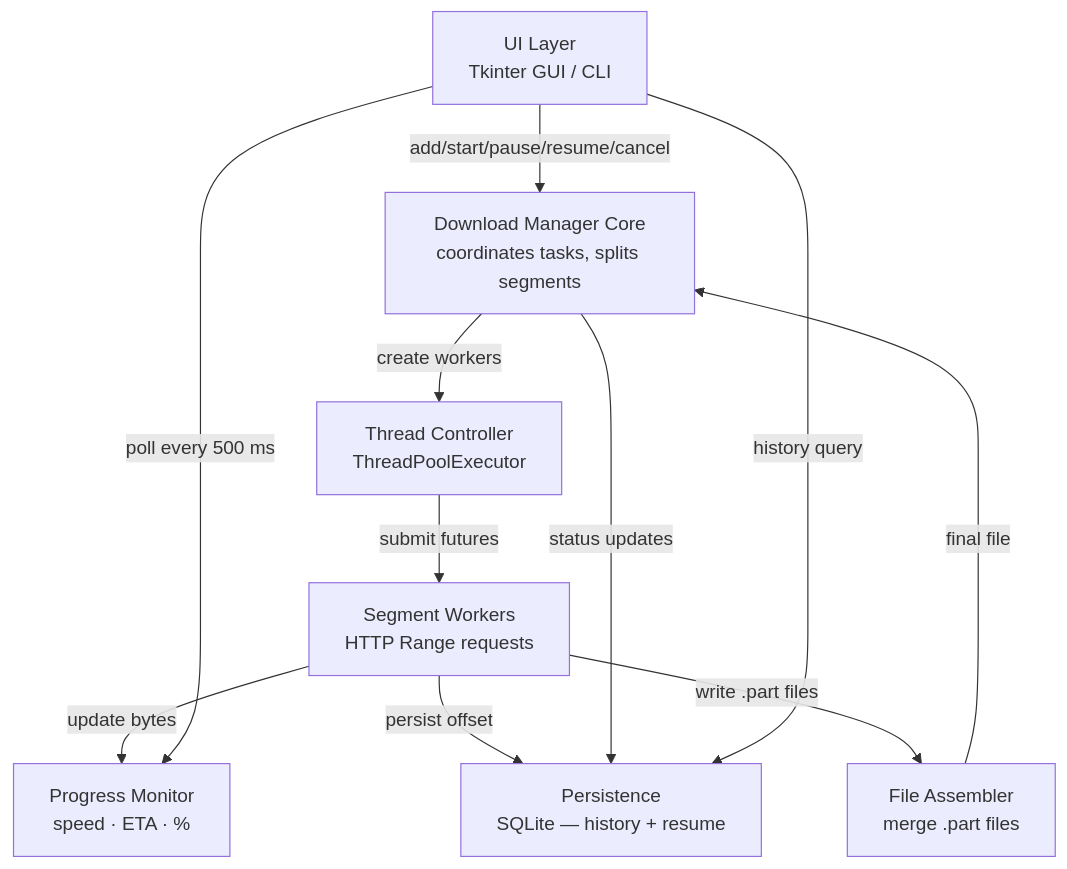
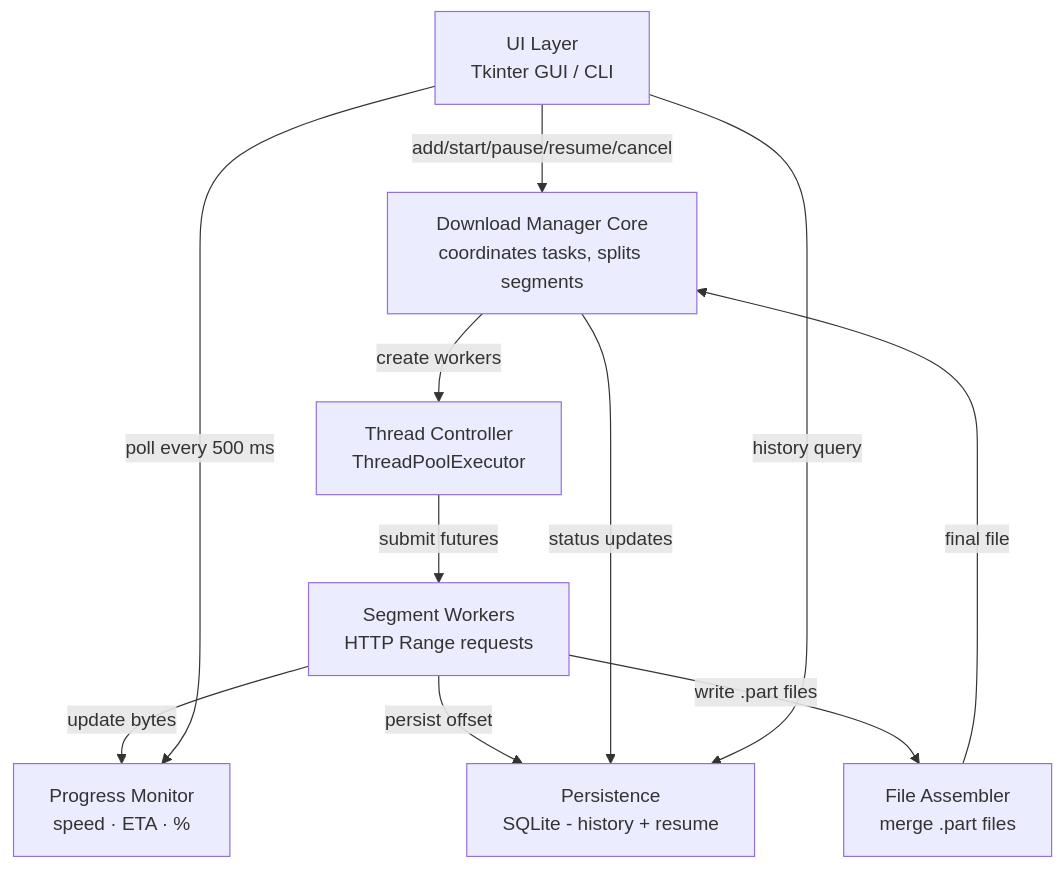
One commit to BambioGaming/Simple-Download-Manager changed the diagram in README.md. Above: the diagram before and after it, drawn with Mermaid. The commit also changed other lines of this file and 1 other file, not shown here.

````diff
--- a/README.md
+++ b/README.md
@@ -44,21 +44,21 @@
 ```mermaid
 graph TD
     UI["UI Layer\nTkinter GUI / CLI"]
     DM["Download Manager Core\ncoordinates tasks, splits segments"]
     TC["Thread Controller\nThreadPoolExecutor"]
     SW["Segment Workers\nHTTP Range requests"]
     FA["File Assembler\nmerge .part files"]
     PM["Progress Monitor\nspeed · ETA · %"]
-    DB["Persistence\nSQLite — history + resume"]
+    DB["Persistence\nSQLite - history + resume"]
 
     UI -->|add/start/pause/resume/cancel| DM
     DM -->|create workers| TC
     TC -->|submit futures| SW
     SW -->|update bytes| PM
     SW -->|persist offset| DB
     SW -->|write .part files| FA
     FA -->|final file| DM
     DM -->|status updates| DB
     UI -->|poll every 500 ms| PM
     UI -->|history query| DB
 ```
````
